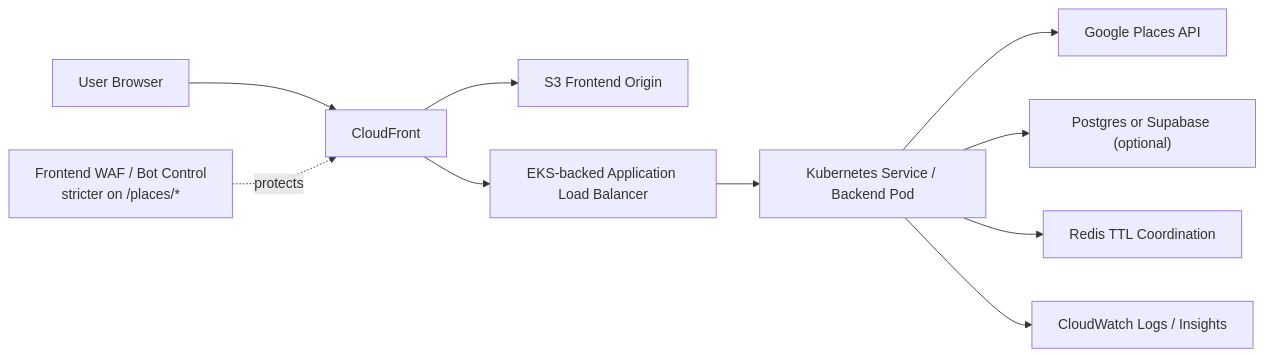
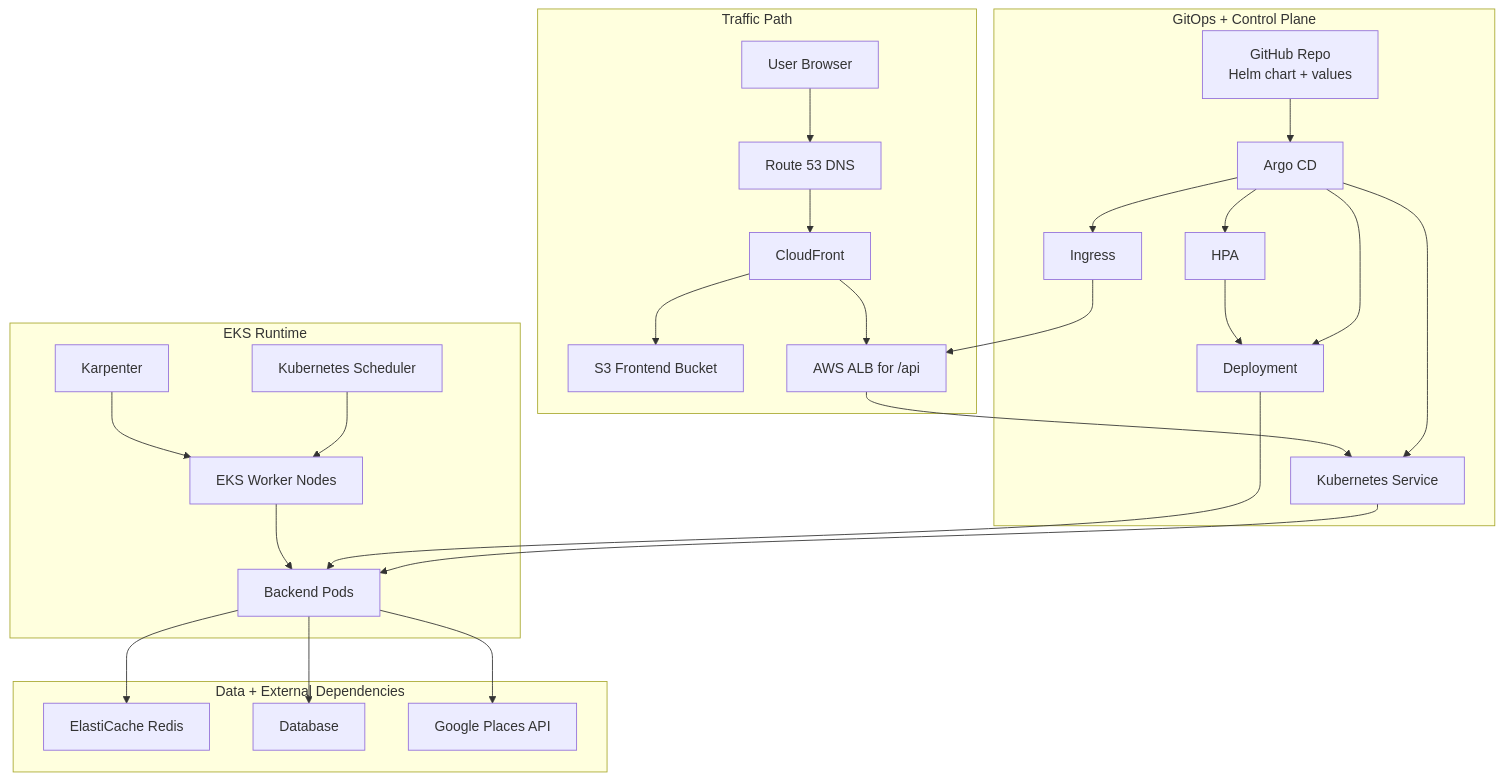
The diagram in architecture.md (warehousegang/busynow-public), drawn with Mermaid before and after one commit. The commit also changed other lines of this file, not shown here.

Commit message:
Update architecture documentation to enhance clarity on AWS traffic flow, GitOps processes, and backend dependencies

````diff
--- a/architecture.md
+++ b/architecture.md
@@ -9,13 +9,34 @@
 ```mermaid
-flowchart LR
-    U["User Browser"] --> CF["CloudFront"]
-    WAF["Frontend WAF / Bot Control<br/>stricter on /places/*"] -. protects .-> CF
+flowchart TB
+    subgraph EDGE["Traffic Path"]
+        U["User Browser"] --> DNS["Route 53 DNS"]
+        DNS --> CF["CloudFront"]
+        CF --> S3["S3 Frontend Bucket"]
+        CF --> ALB["AWS ALB for /api"]
+    end
 
-    CF --> S3["S3 Frontend Origin"]
-    CF --> ALB["EKS-backed Application Load Balancer"]
-    ALB --> K8S["Kubernetes Service / Backend Pod"]
-    K8S --> GP["Google Places API"]
-    K8S --> DB["Postgres or Supabase (optional)"]
-    K8S --> R["Redis TTL Coordination"]
-    K8S --> CW["CloudWatch Logs / Insights"]
+    subgraph GITOPS["GitOps + Control Plane"]
+        REPO["GitHub Repo<br/>Helm chart + values"] --> ARGO["Argo CD"]
+        ARGO --> ING["Ingress"]
+        ING --> ALB
+        ARGO --> SVC["Kubernetes Service"]
+        ARGO --> DEP["Deployment"]
+        ARGO --> HPA["HPA"]
+        HPA --> DEP
+    end
+
+    subgraph RUNTIME["EKS Runtime"]
+        SCHED["Kubernetes Scheduler"] --> NODES["EKS Worker Nodes"]
+        KARP["Karpenter"] --> NODES
+        ALB --> SVC
+        SVC --> PODS["Backend Pods"]
+        DEP --> PODS
+        NODES --> PODS
+    end
+
+    subgraph DEPS["Data + External Dependencies"]
+        PODS --> REDIS["ElastiCache Redis"]
+        PODS --> DB["Database"]
+        PODS --> GP["Google Places API"]
+    end
 ```
````
